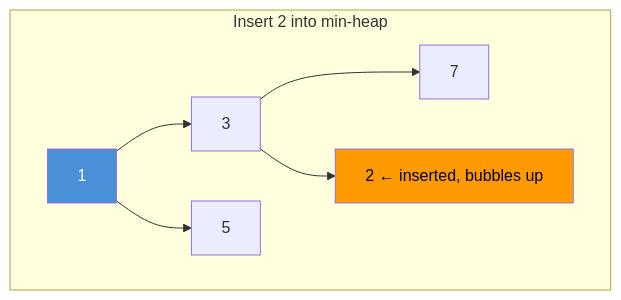
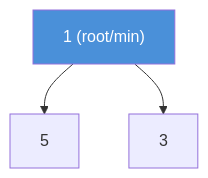
The first of 2 diagrams in docs/09-heap.md (valarpirai/software-enginneering), drawn with Mermaid before and after one commit. The commit also changed other lines of this file and 3 other files, not shown here.

````diff
--- a/docs/09-heap.md
+++ b/docs/09-heap.md
@@ -108,11 +36,6 @@
 ```mermaid
 graph TD
-    subgraph "Insert 2 into min-heap"
-    A["1"] --> B["3"]
-    A --> C["5"]
-    B --> D["7"]
-    B --> NEW["2 ← inserted, bubbles up"]
-    style NEW fill:#ff9900,color:#000
+    A["1 (root/min)"] --> B["5"]
+    A --> C["3"]
     style A fill:#4a90d9,color:#fff
-    end
 ```
````
